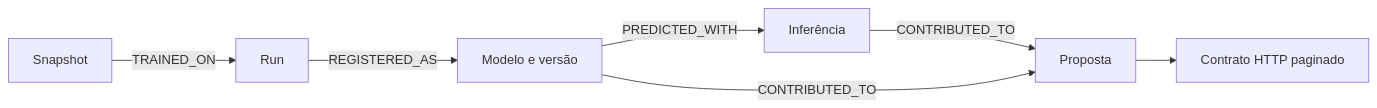
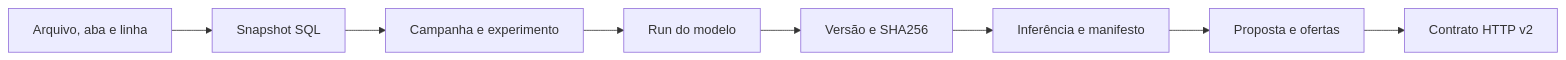
Before and after one commit to Quanticoi/marista-horas-intel-poc-ia: the diagram in docs/architecture/LINEAGE.md, drawn with Mermaid. The commit also changed other lines of this file and 96 other files, not shown here.

````diff
--- a/docs/architecture/LINEAGE.md
+++ b/docs/architecture/LINEAGE.md
@@ -31,9 +7,10 @@
 ```mermaid
 flowchart LR
- S[Snapshot] -->|TRAINED_ON| R[Run]
- R -->|REGISTERED_AS| M[Modelo e versão]
- M -->|PREDICTED_WITH| I[Inferência]
- I -->|CONTRIBUTED_TO| P[Proposta]
- M -->|CONTRIBUTED_TO| P
- P --> A[Contrato HTTP paginado]
+    F[Arquivo, aba e linha] --> S[Snapshot SQL]
+    S --> C[Campanha e experimento]
+    C --> R[Run do modelo]
+    R --> M[Versão e SHA256]
+    M --> I[Inferência e manifesto]
+    I --> P[Proposta e ofertas]
+    P --> A[Contrato HTTP v2]
 ```
````
